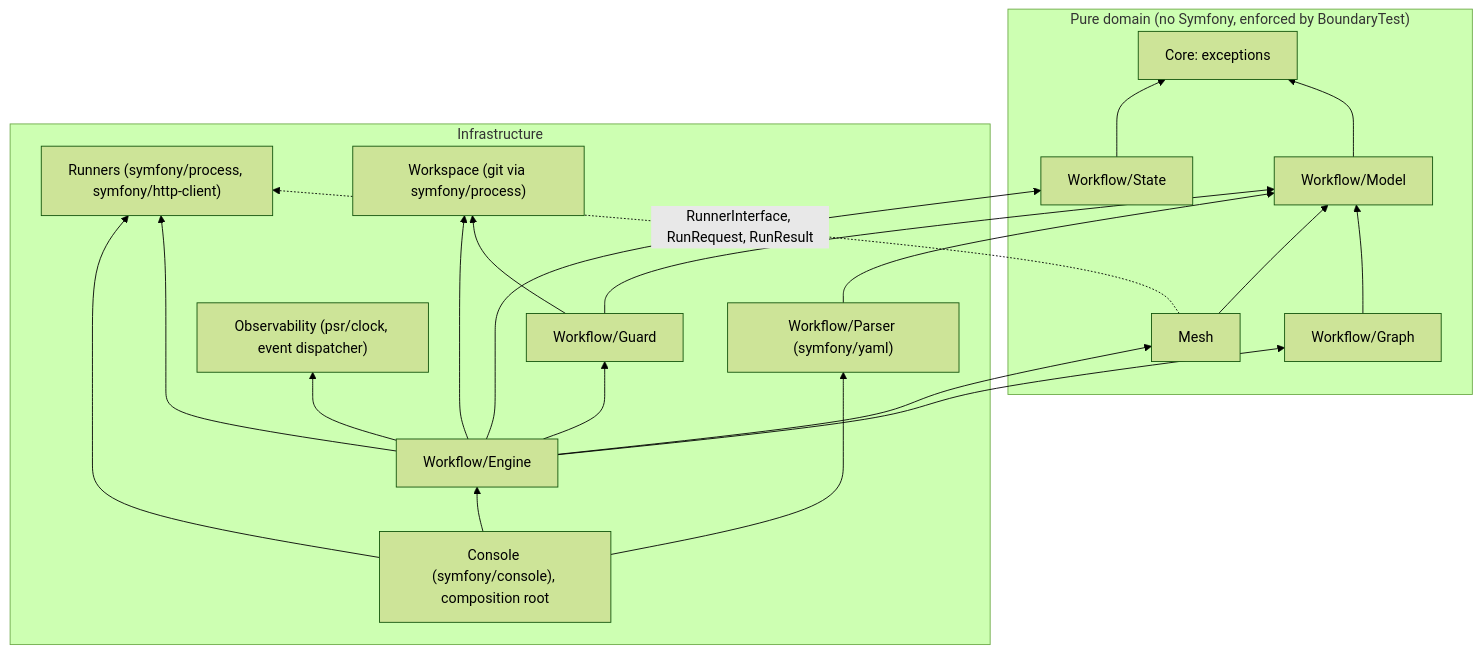
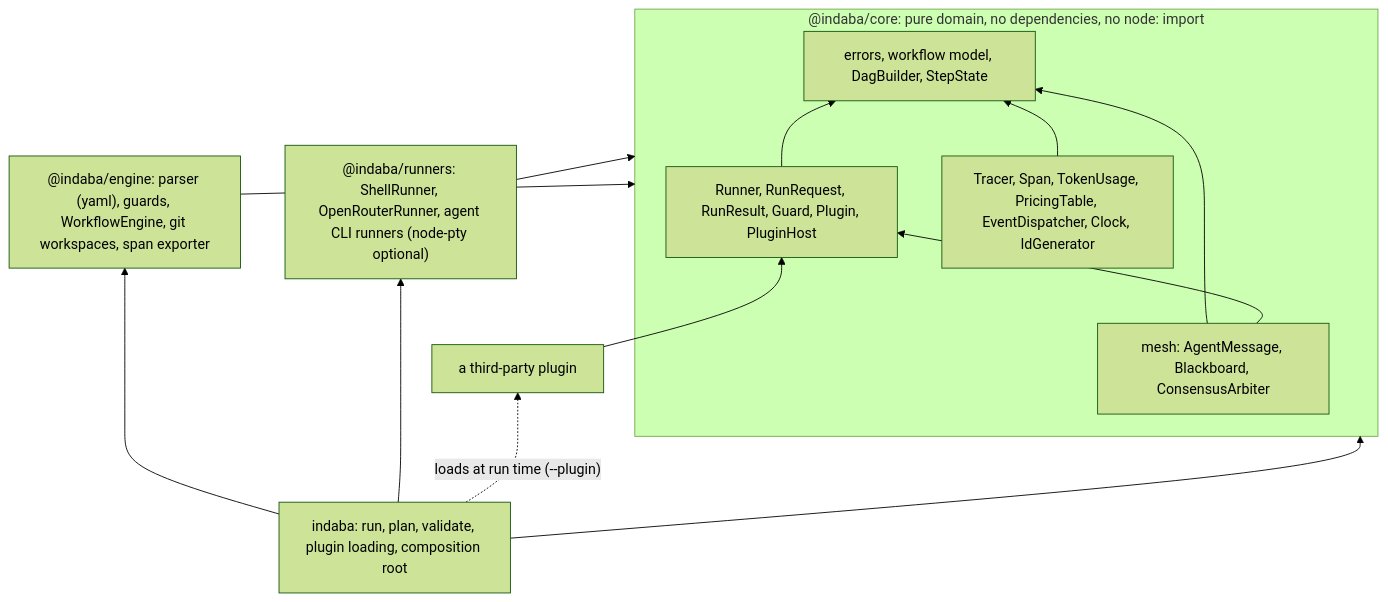
One commit to yaotzin1/indaba changed the diagram in specs/DEPENDENCY_MAP.md. Above: the diagram before and after it, drawn with Mermaid (forest theme). The commit also changed other lines of this file and 292 other files, not shown here.

````diff
--- a/specs/DEPENDENCY_MAP.md
+++ b/specs/DEPENDENCY_MAP.md
@@ -7,39 +7,26 @@
 ```mermaid
 graph BT
-    subgraph Domain["Pure domain (no Symfony, enforced by BoundaryTest)"]
-        Core["Core: exceptions"]
-        Model["Workflow/Model"]
-        Graph["Workflow/Graph"]
-        State["Workflow/State"]
-        Mesh["Mesh"]
+    subgraph Domain["@indaba/core: pure domain, no dependencies, no node: import"]
+        Core["errors, workflow model, DagBuilder, StepState"]
+        Mesh["mesh: AgentMessage, Blackboard, ConsensusArbiter"]
+        Contracts["Runner, RunRequest, RunResult, Guard, Plugin, PluginHost"]
+        Obs["Tracer, Span, TokenUsage, PricingTable, EventDispatcher, Clock, IdGenerator"]
     end
 
-    subgraph Infra["Infrastructure"]
-        Parser["Workflow/Parser (symfony/yaml)"]
-        Guard["Workflow/Guard"]
-        Engine["Workflow/Engine"]
-        Runners["Runners (symfony/process, symfony/http-client)"]
-        Workspace["Workspace (git via symfony/process)"]
-        Obs["Observability (psr/clock, event dispatcher)"]
-        Console["Console (symfony/console), composition root"]
-    end
+    Engine["@indaba/engine: parser (yaml), guards, WorkflowEngine, git workspaces, span exporter"]
+    Runners["@indaba/runners: ShellRunner, OpenRouterRunner, agent CLI runners (node-pty optional)"]
+    Cli["indaba: run, plan, validate, plugin loading, composition root"]
+    Plugin["a third-party plugin"]
 
-    Model --> Core
-    Graph --> Model
-    State --> Core
-    Mesh --> Model
-    Mesh -. "RunnerInterface, RunRequest, RunResult" .-> Runners
-    Parser --> Model
-    Guard --> Model
-    Guard --> Workspace
-    Engine --> Graph
-    Engine --> State
-    Engine --> Guard
-    Engine --> Runners
-    Engine --> Workspace
-    Engine --> Obs
-    Engine --> Mesh
-    Console --> Engine
-    Console --> Parser
-    Console --> Runners
+    Mesh --> Core
+    Mesh --> Contracts
+    Contracts --> Core
+    Obs --> Core
+    Engine --> Domain
+    Runners --> Domain
+    Cli --> Engine
+    Cli --> Runners
+    Cli --> Domain
+    Plugin --> Contracts
+    Cli -. "loads at run time (--plugin)" .-> Plugin
 ```
````
